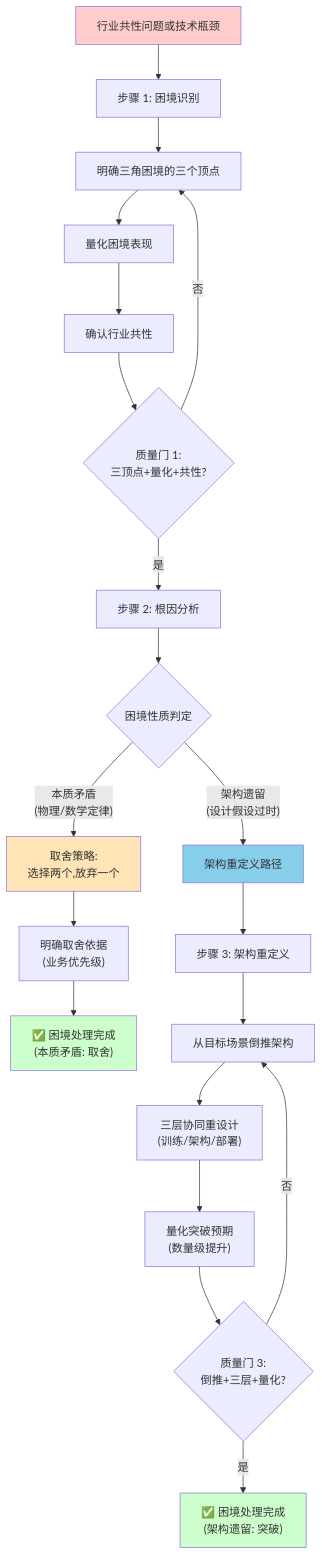
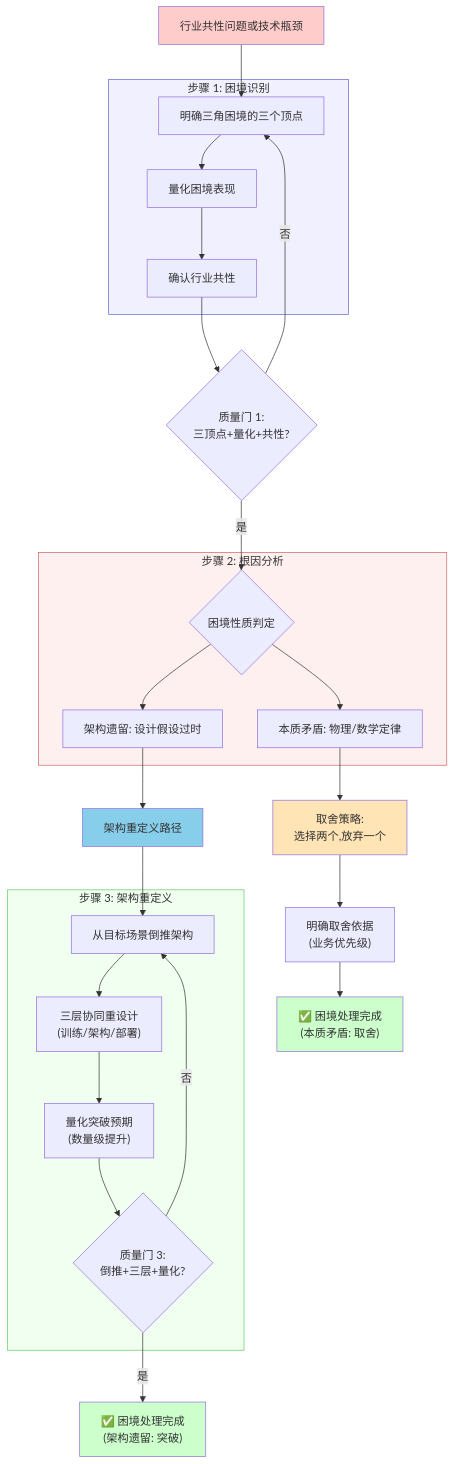
One commit to xinetzone/SpecWeave changed the second of 2 diagrams in .agents/docs/retrospective/patterns/methodology-patterns/governance-strategy/trilemma-architectural-resolution.md. Above: the diagram before and after it, drawn with Mermaid. The commit also changed other lines of this file and 3 other files, not shown here.

````diff
--- a/.agents/docs/retrospective/patterns/methodology-patterns/governance-strategy/trilemma-architectural-resolution.md
+++ b/.agents/docs/retrospective/patterns/methodology-patterns/governance-strategy/trilemma-architectural-resolution.md
@@ -182,27 +216,43 @@
 ```mermaid
 flowchart TD
-    A["行业共性问题或技术瓶颈"] --> B["步骤 1: 困境识别"]
-    B --> B1["明确三角困境的三个顶点"]
-    B1 --> B2["量化困境表现"]
-    B2 --> B3["确认行业共性"]
+    A["行业共性问题或技术瓶颈"]
+    subgraph S1 ["步骤 1: 困境识别"]
+        B1["明确三角困境的三个顶点"]
+        B2["量化困境表现"]
+        B3["确认行业共性"]
+        B1 --> B2 --> B3
+    end
+    A --> B1
     B3 --> Q1{"质量门 1:<br/>三顶点+量化+共性?"}
     Q1 -->|"否"| B1
-    Q1 -->|"是"| C["步骤 2: 根因分析"]
-    C --> C1{"困境性质判定"}
-    C1 -->|"本质矛盾<br/>(物理/数学定律)"| D1["取舍策略:<br/>选择两个,放弃一个"]
-    C1 -->|"架构遗留<br/>(设计假设过时)"| D2["架构重定义路径"]
+    Q1 -->|"是"| C1
+    subgraph S2 ["步骤 2: 根因分析"]
+        C1{"困境性质判定"}
+        C2["本质矛盾: 物理/数学定律"]
+        C3["架构遗留: 设计假设过时"]
+        C1 --> C2
+        C1 --> C3
+    end
+    C2 --> D1["取舍策略:<br/>选择两个,放弃一个"]
+    C3 --> D2["架构重定义路径"]
     D1 --> E1["明确取舍依据<br/>(业务优先级)"]
     E1 --> F["✅ 困境处理完成<br/>(本质矛盾: 取舍)"]
-    D2 --> G["步骤 3: 架构重定义"]
-    G --> G1["从目标场景倒推架构"]
-    G1 --> G2["三层协同重设计<br/>(训练/架构/部署)"]
-    G2 --> G3["量化突破预期<br/>(数量级提升)"]
-    G3 --> G4{"质量门 3:<br/>倒推+三层+量化?"}
-    G4 -->|"否"| G1
+    subgraph S3 ["步骤 3: 架构重定义"]
+        G1["从目标场景倒推架构"]
+        G2["三层协同重设计<br/>(训练/架构/部署)"]
+        G3["量化突破预期<br/>(数量级提升)"]
+        G1 --> G2 --> G3
+        G3 --> G4{"质量门 3:<br/>倒推+三层+量化?"}
+        G4 -->|"否"| G1
+    end
+    D2 --> G1
     G4 -->|"是"| H["✅ 困境处理完成<br/>(架构遗留: 突破)"]
     style A fill:#ffcccc
     style F fill:#ccffcc
     style H fill:#ccffcc
     style D1 fill:#ffe4b5
     style D2 fill:#87ceeb
+    style S1 fill:#f0f0ff,stroke:#6666cc
+    style S2 fill:#fff0f0,stroke:#cc6666
+    style S3 fill:#f0fff0,stroke:#66cc66
 ```
````
